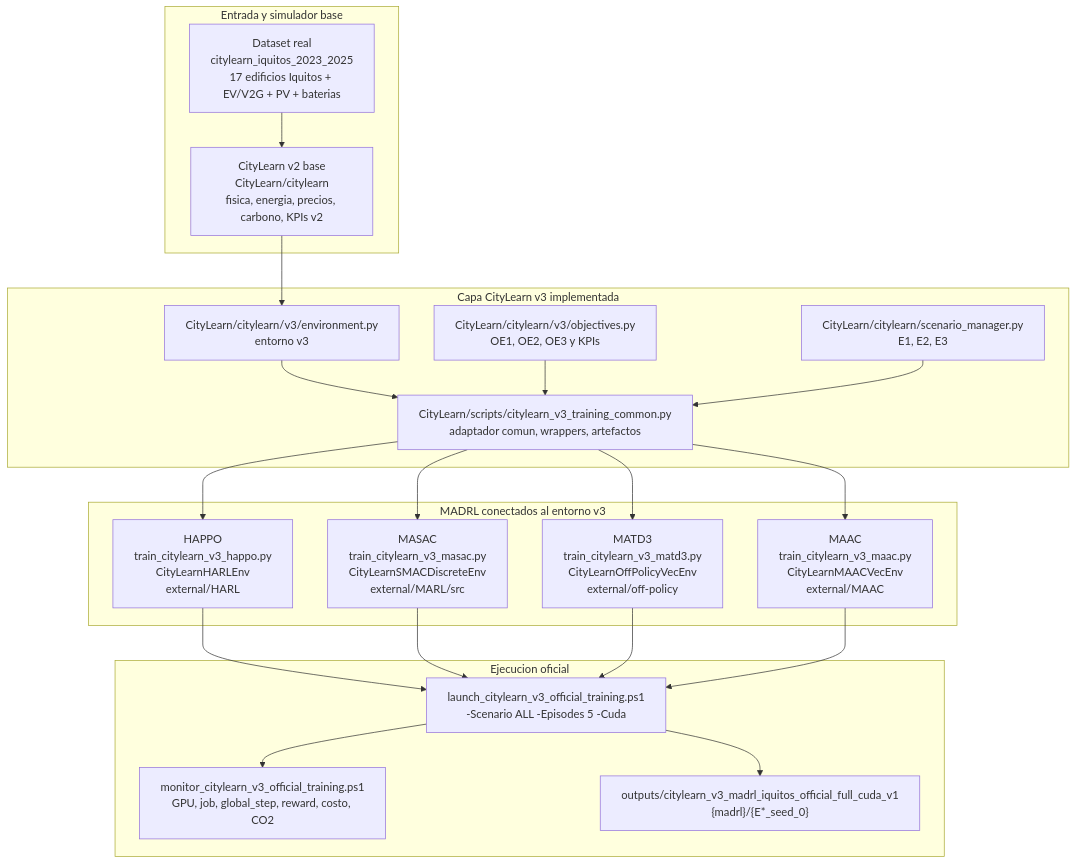
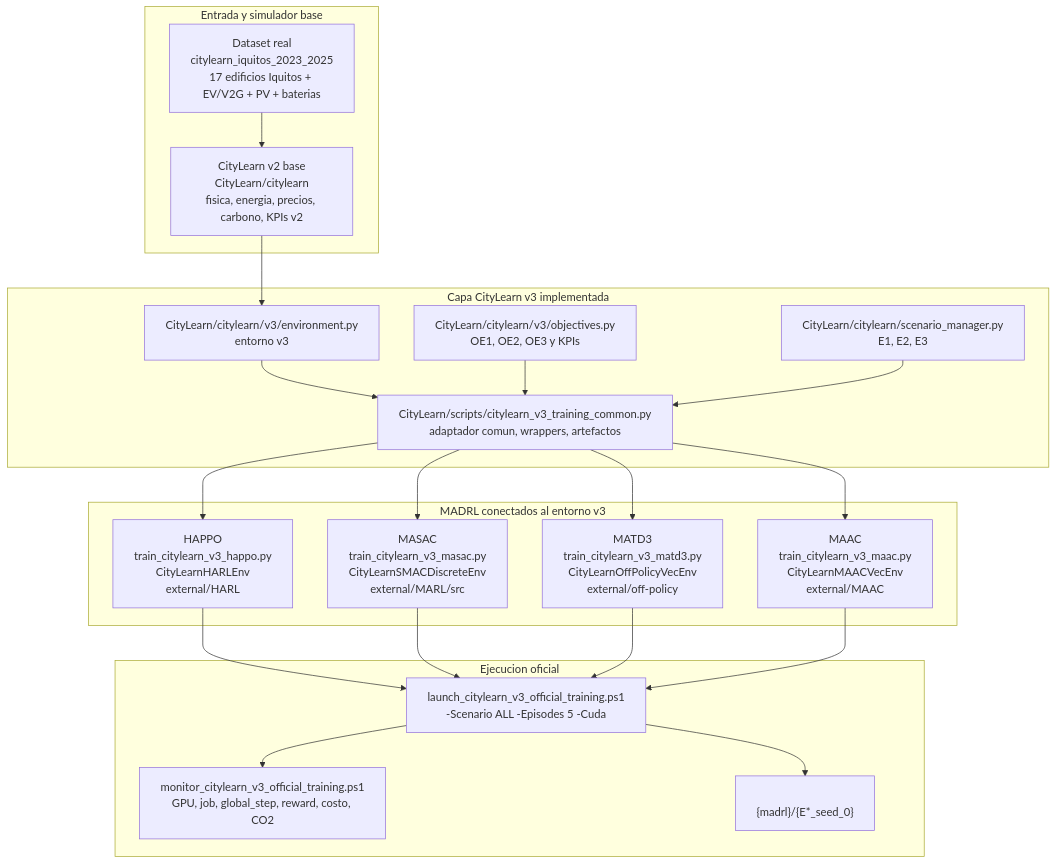
One commit to Mac-Tapia/MADRLCitytleranflexresdr changed the third of 7 diagrams in docs/ARQUITECTURA_Y_FLUJO_TRABAJO_CITYLEARN_V3_MADRL.md. Above: the diagram before and after it, drawn with Mermaid. The commit also changed other lines of this file and 71 other files, not shown here.

````diff
--- a/docs/ARQUITECTURA_Y_FLUJO_TRABAJO_CITYLEARN_V3_MADRL.md
+++ b/docs/ARQUITECTURA_Y_FLUJO_TRABAJO_CITYLEARN_V3_MADRL.md
@@ -119,42 +121,42 @@
 ```mermaid
 flowchart TB
     subgraph DATA["Entrada y simulador base"]
         DS["Dataset real<br/>citylearn_iquitos_2023_2025<br/>17 edificios Iquitos + EV/V2G + PV + baterias"]
         V2["CityLearn v2 base<br/>CityLearn/citylearn<br/>fisica, energia, precios, carbono, KPIs v2"]
     end
 
     subgraph V3["Capa CityLearn v3 implementada"]
         ENV["CityLearn/citylearn/v3/environment.py<br/>entorno v3"]
         OBJ["CityLearn/citylearn/v3/objectives.py<br/>OE1, OE2, OE3 y KPIs"]
         SCN["CityLearn/citylearn/scenario_manager.py<br/>E1, E2, E3"]
         COMMON["CityLearn/scripts/citylearn_v3_training_common.py<br/>adaptador comun, wrappers, artefactos"]
     end
 
     subgraph MADRL["MADRL conectados al entorno v3"]
         HAPPO["HAPPO<br/>train_citylearn_v3_happo.py<br/>CityLearnHARLEnv<br/>external/HARL"]
         MASAC["MASAC<br/>train_citylearn_v3_masac.py<br/>CityLearnSMACDiscreteEnv<br/>external/MARL/src"]
         MATD3["MATD3<br/>train_citylearn_v3_matd3.py<br/>CityLearnOffPolicyVecEnv<br/>external/off-policy"]
         MAAC["MAAC<br/>train_citylearn_v3_maac.py<br/>CityLearnMAACVecEnv<br/>external/MAAC"]
     end
 
     subgraph RUN["Ejecucion oficial"]
         LAUNCH["launch_citylearn_v3_official_training.ps1<br/>-Scenario ALL -Episodes 5 -Cuda"]
         MON["monitor_citylearn_v3_official_training.ps1<br/>GPU, job, global_step, reward, costo, CO2"]
-        OUT["outputs/citylearn_v3_madrl_iquitos_official_full_cuda_v1<br/>{madrl}/{E*_seed_0}"]
+        OUT["<OutputRoot><br/>{madrl}/{E*_seed_0}"]
     end
 
     DS --> V2 --> ENV
     ENV --> COMMON
     OBJ --> COMMON
     SCN --> COMMON
     COMMON --> HAPPO
     COMMON --> MASAC
     COMMON --> MATD3
     COMMON --> MAAC
     HAPPO --> LAUNCH
     MASAC --> LAUNCH
     MATD3 --> LAUNCH
     MAAC --> LAUNCH
     LAUNCH --> OUT
     LAUNCH --> MON
 ```
````
